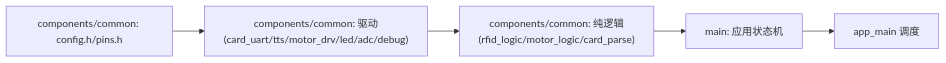
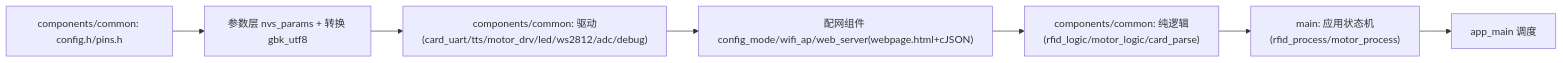
The first of 4 diagrams in docs/知识库/esp32_tts_baremetal/03_系统架构.md (KNedwin/stm32-esp32-ai-test-car), drawn with Mermaid before and after one commit. The commit also changed other lines of this file and 205 other files, not shown here.

````diff
--- a/docs/知识库/esp32_tts_baremetal/03_系统架构.md
+++ b/docs/知识库/esp32_tts_baremetal/03_系统架构.md
@@ -4,7 +4,9 @@
 ```mermaid
 graph LR
-    C["components/common: config.h/pins.h"] --> D["components/common: 驱动(card_uart/tts/motor_drv/led/adc/debug)"]
-    D --> L["components/common: 纯逻辑(rfid_logic/motor_logic/card_parse)"]
-    L --> A["main: 应用状态机"]
+    C["components/common: config.h/pins.h"] --> P["参数层 nvs_params + 转换 gbk_utf8"]
+    P --> D["components/common: 驱动(card_uart/tts/motor_drv/led/ws2812/adc/debug)"]
+    D --> W["配网组件 config_mode/wifi_ap/web_server(webpage.html+cJSON)"]
+    W --> L["components/common: 纯逻辑(rfid_logic/motor_logic/card_parse)"]
+    L --> A["main: 应用状态机(rfid_process/motor_process)"]
     A --> M["app_main 调度"]
 ```
````
